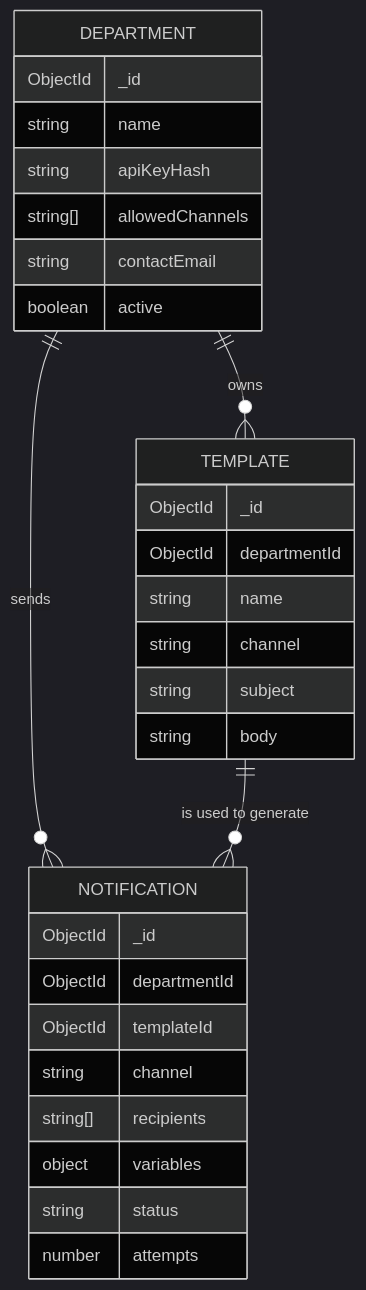
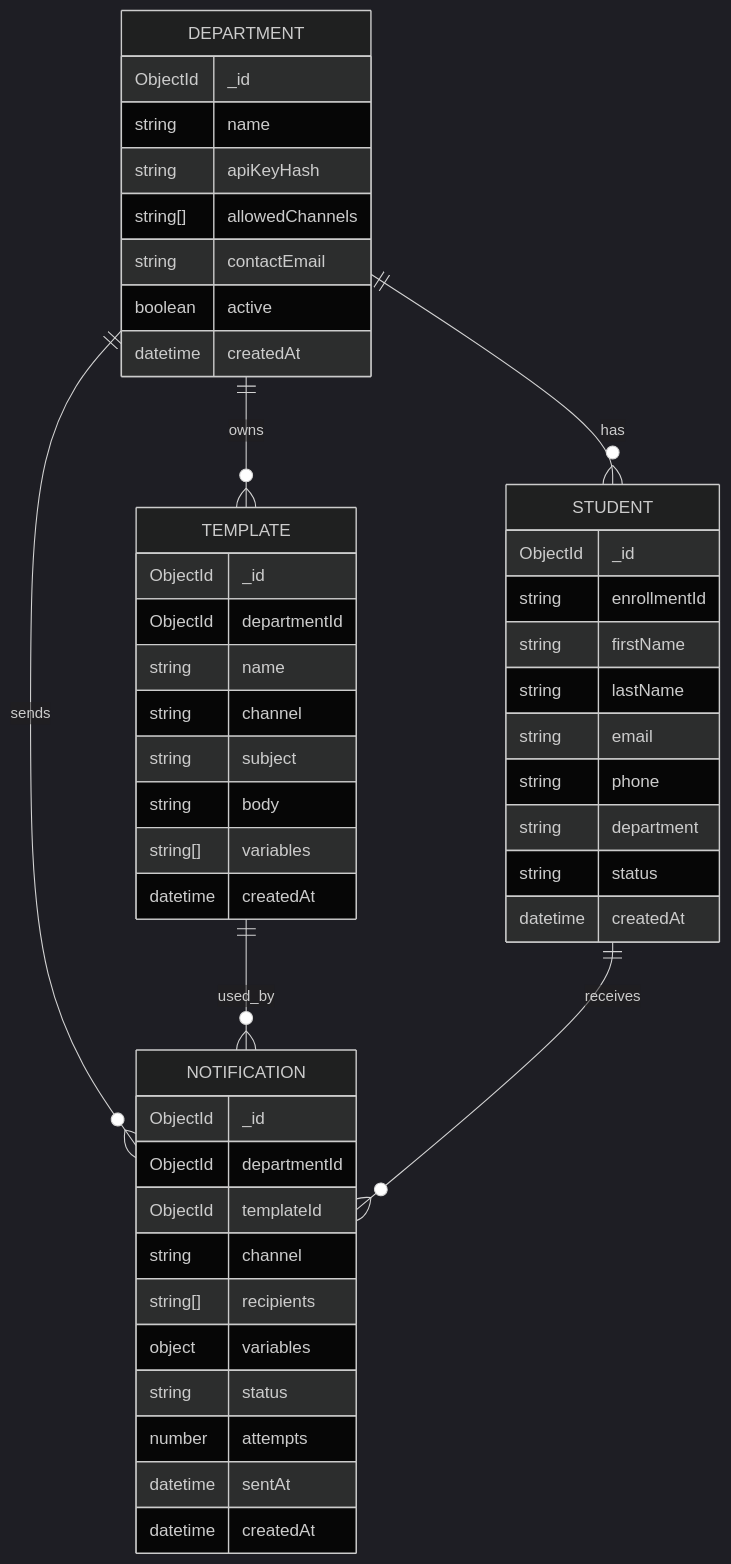
Before and after one commit to zakariaithamou/Notification-Microservice: the diagram in docs/Architecture.md, drawn with Mermaid (dark theme). The commit also changed other lines of this file and 3 other files, not shown here.

Commit message:
docs: update system architecture specifications and link in README

````diff
--- a/docs/Architecture.md
+++ b/docs/Architecture.md
@@ -74,35 +318,54 @@
 ```mermaid
 erDiagram
     DEPARTMENT ||--o{ TEMPLATE : "owns"
     DEPARTMENT ||--o{ NOTIFICATION : "sends"
-    TEMPLATE ||--o{ NOTIFICATION : "is used to generate"
+    DEPARTMENT ||--o{ STUDENT : "has"
+    TEMPLATE ||--o{ NOTIFICATION : "used_by"
+    STUDENT ||--o{ NOTIFICATION : "receives"
 
     DEPARTMENT {
         ObjectId _id
         string name
         string apiKeyHash
         string[] allowedChannels
         string contactEmail
         boolean active
+        datetime createdAt
     }
 
     TEMPLATE {
         ObjectId _id
         ObjectId departmentId
         string name
         string channel
         string subject
         string body
+        string[] variables
+        datetime createdAt
     }
 
     NOTIFICATION {
         ObjectId _id
         ObjectId departmentId
         ObjectId templateId
         string channel
         string[] recipients
         object variables
         string status
         number attempts
+        datetime sentAt
+        datetime createdAt
+    }
+
+    STUDENT {
+        ObjectId _id
+        string enrollmentId
+        string firstName
+        string lastName
+        string email
+        string phone
+        string department
+        string status
+        datetime createdAt
     }
 ```
````
